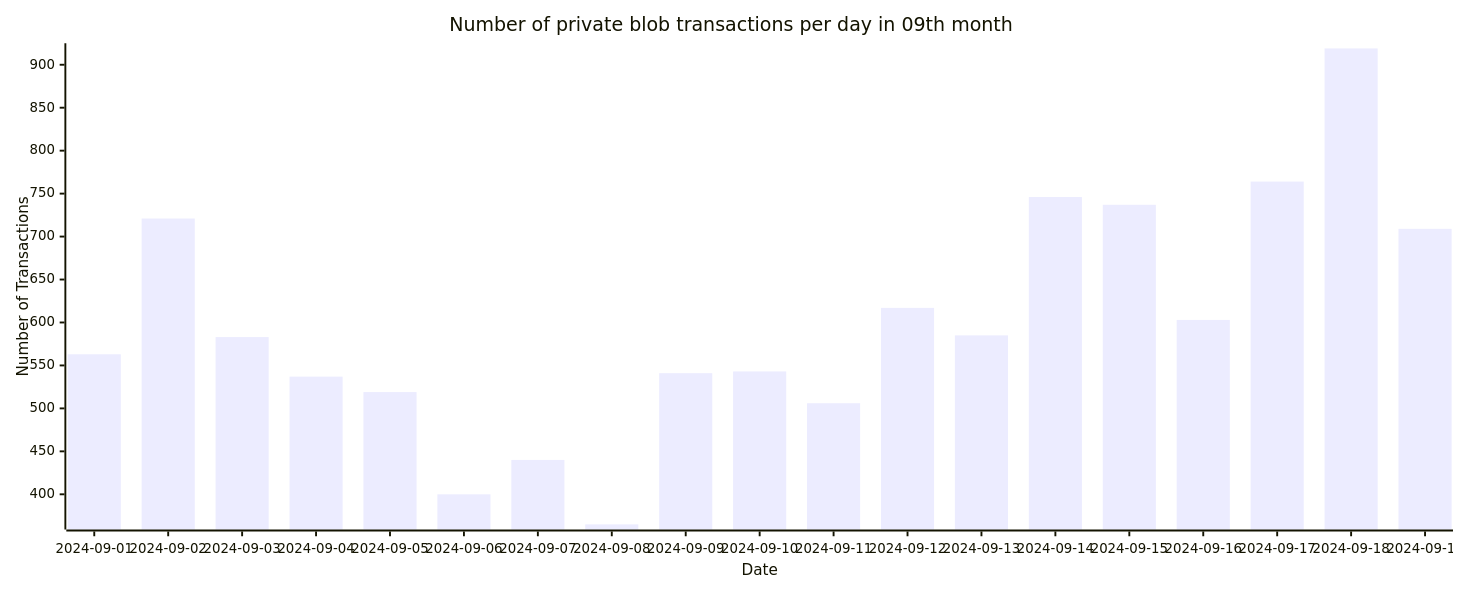
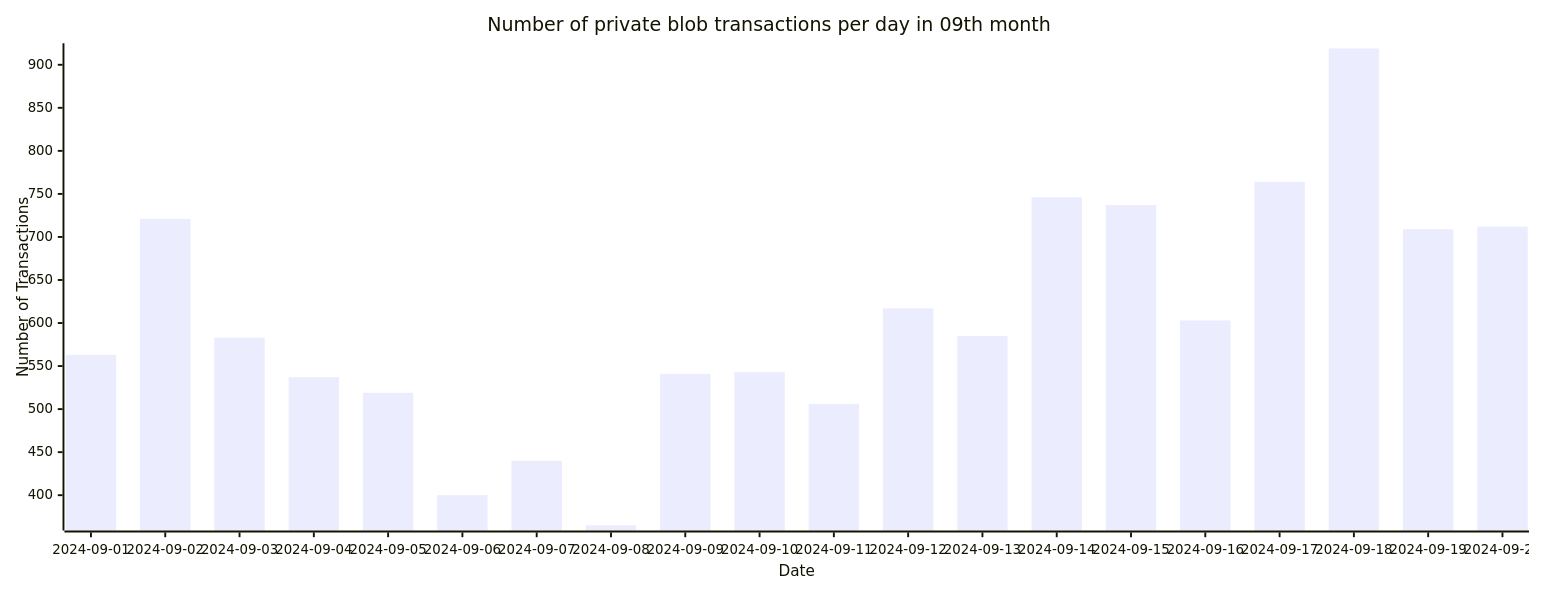
Before and after one commit to Amit0617/eip4844-data: the seventh of 7 diagrams in README.md, drawn with Mermaid. The commit also changed 1 other file, not shown here.

````diff
--- a/README.md
+++ b/README.md
@@ -79,12 +79,12 @@
 ```mermaid
 ---
 config:
     xyChart:
-        width: 1520
+        width: 1600
         height: 600
 ---
 xychart-beta title "Number of private blob transactions per day in 09th month"
-x-axis "Date" [2024-09-01,2024-09-02,2024-09-03,2024-09-04,2024-09-05,2024-09-06,2024-09-07,2024-09-08,2024-09-09,2024-09-10,2024-09-11,2024-09-12,2024-09-13,2024-09-14,2024-09-15,2024-09-16,2024-09-17,2024-09-18,2024-09-19]
+x-axis "Date" [2024-09-01,2024-09-02,2024-09-03,2024-09-04,2024-09-05,2024-09-06,2024-09-07,2024-09-08,2024-09-09,2024-09-10,2024-09-11,2024-09-12,2024-09-13,2024-09-14,2024-09-15,2024-09-16,2024-09-17,2024-09-18,2024-09-19,2024-09-20]
 y-axis "Number of Transactions"
-bar[563,721,583,537,519,400,440,365,541,543,506,617,585,746,737,603,764,919,709]
+bar[563,721,583,537,519,400,440,365,541,543,506,617,585,746,737,603,764,919,709,712]
 ```
````
